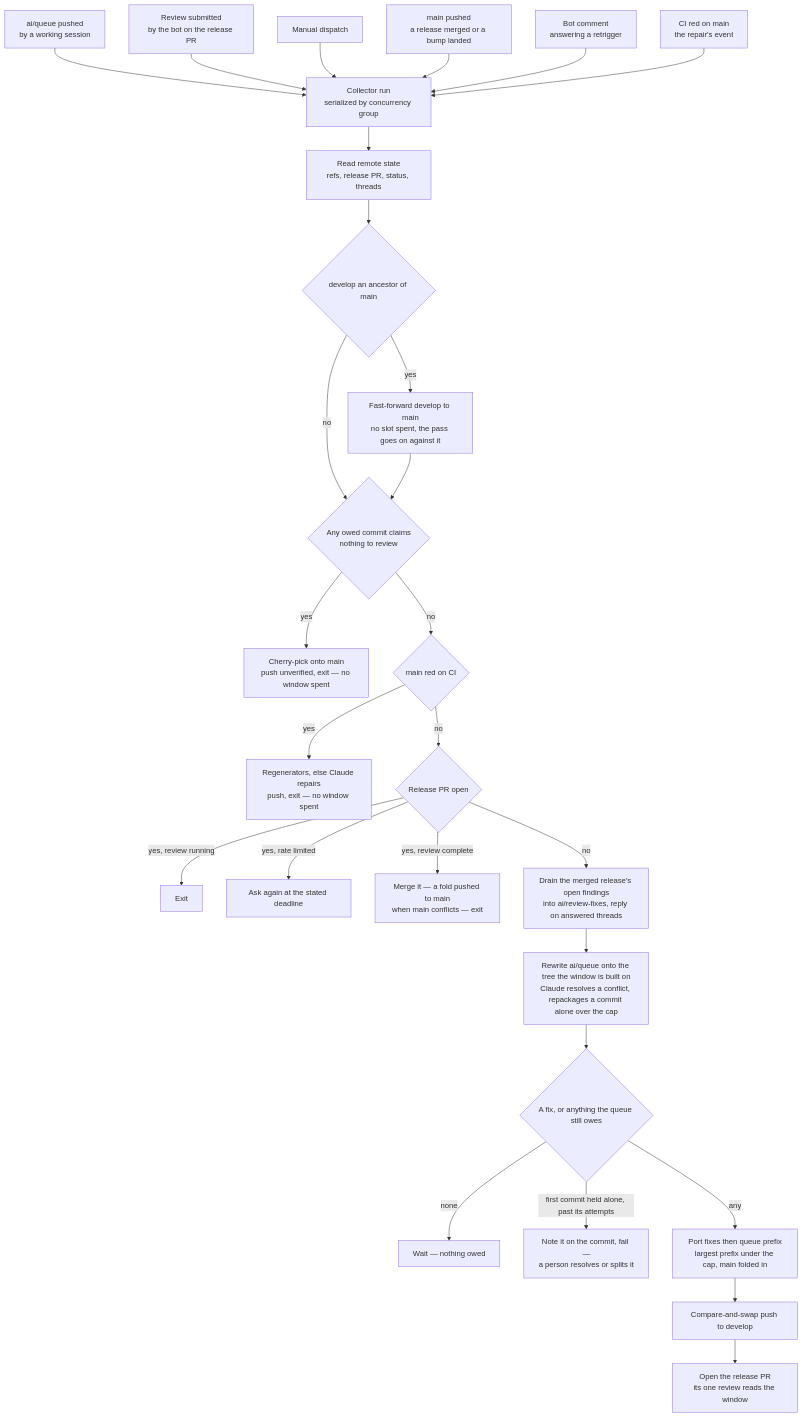
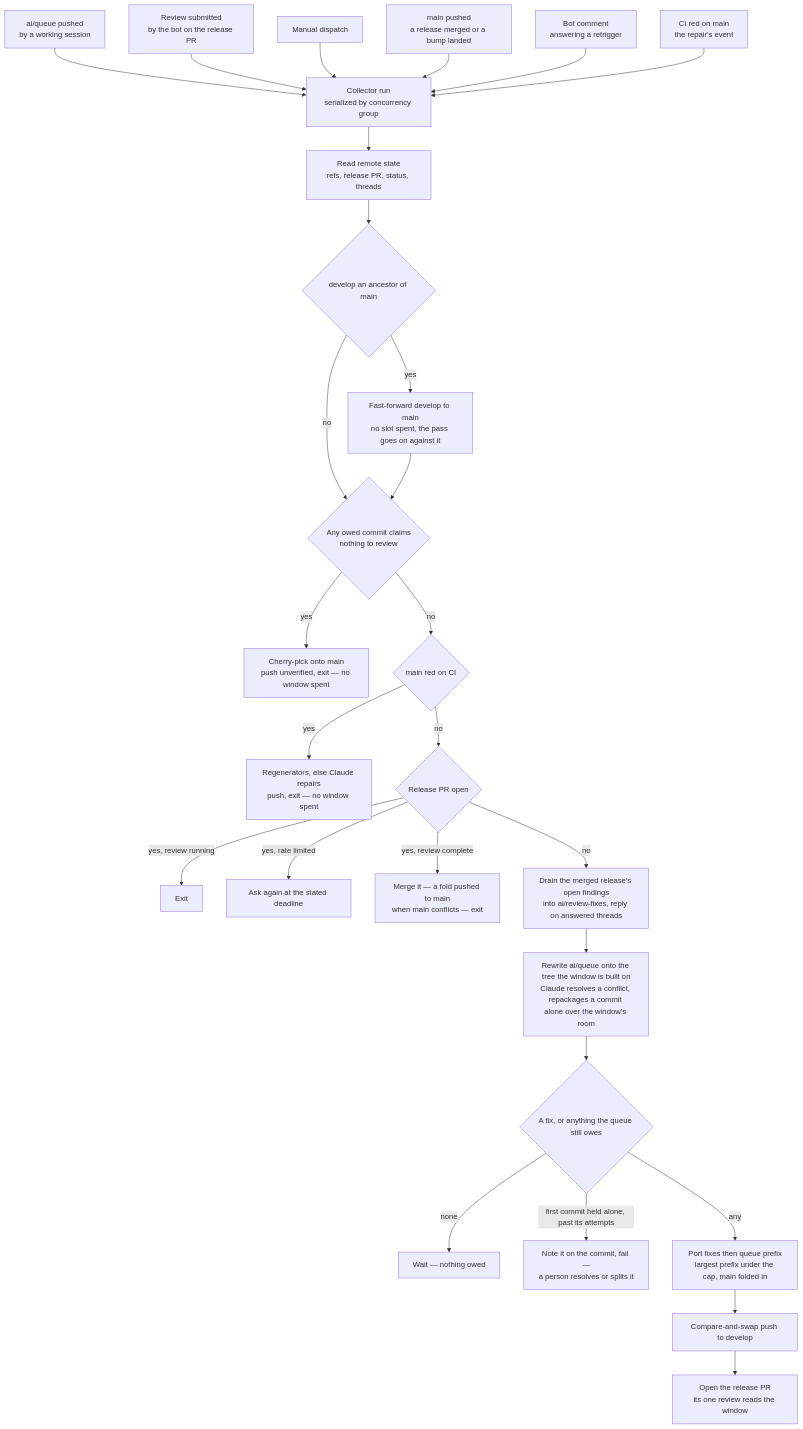
The diagram in apps/web/content/docs/infra/review-collector/index.md (Esposter/Esposter), drawn with Mermaid before and after one commit. The commit also changed 12 other files, not shown here.

First line of the commit message:
fix(collector): reshape a queue head against the room beside the fixes

````diff
--- a/apps/web/content/docs/infra/review-collector/index.md
+++ b/apps/web/content/docs/infra/review-collector/index.md
@@ -37,29 +37,29 @@
 ```mermaid
 flowchart TD
   A[ai/queue pushed<br/>by a working session] --> C
   F[Review submitted<br/>by the bot on the release PR] --> C
   D[Manual dispatch] --> C
   MN[main pushed<br/>a release merged or a bump landed] --> C
   CM[Bot comment<br/>answering a retrigger] --> C
   CI[CI red on main<br/>the repair's event] --> C
   C[Collector run<br/>serialized by concurrency group] --> R[Read remote state<br/>refs, release PR, status, threads]
   R --> RS{develop an ancestor of main}
   RS -->|yes| FF[Fast-forward develop to main<br/>no slot spent, the pass goes on against it]
   RS -->|no| E
   FF --> E{Any owed commit claims<br/>nothing to review}
   E -->|yes| EP[Cherry-pick onto main<br/>push unverified, exit — no window spent]
   E -->|no| MR{main red on CI}
   MR -->|yes| RG[Regenerators, else Claude repairs<br/>push, exit — no window spent]
   MR -->|no| PR{Release PR open}
   PR -->|yes, review running| X[Exit]
   PR -->|yes, rate limited| AK[Ask again at the stated deadline]
   PR -->|yes, review complete| MG[Merge it — a fold pushed to main<br/>when main conflicts — exit]
   PR -->|no| DR[Drain the merged release's open findings<br/>into ai/review-fixes, reply on answered threads]
-  DR --> SY[Rewrite ai/queue onto the tree the window is built on<br/>Claude resolves a conflict, repackages a commit alone over the cap]
+  DR --> SY[Rewrite ai/queue onto the tree the window is built on<br/>Claude resolves a conflict, repackages a commit alone over the window's room]
   SY --> P{A fix, or anything the queue still owes}
   P -->|none| PK[Wait — nothing owed]
   P -->|first commit held alone, past its attempts| FL[Note it on the commit, fail —<br/>a person resolves or splits it]
   P -->|any| W[Port fixes then queue prefix<br/>largest prefix under the cap, main folded in]
   W --> PU[Compare-and-swap push to develop]
   PU --> OP[Open the release PR<br/>its one review reads the window]
 ```
````
